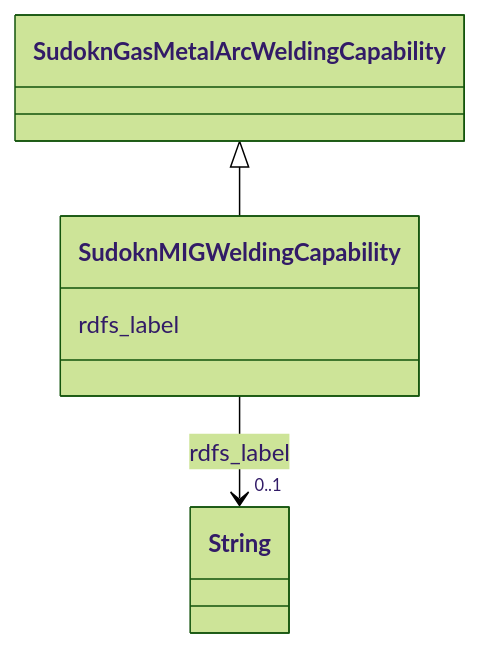
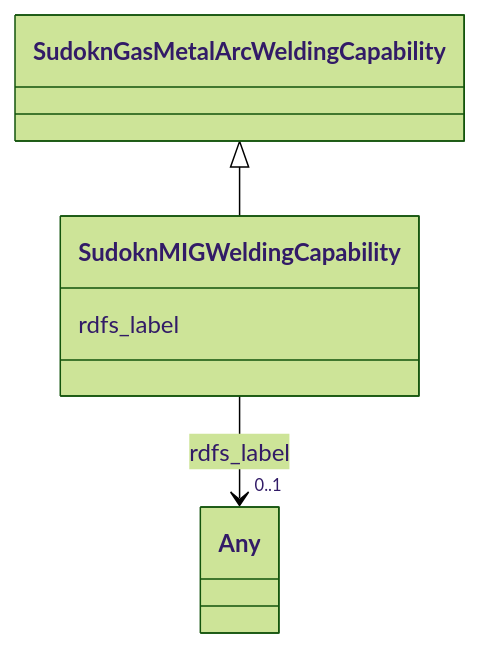
The diagram in sudokn-kg/classes/SudoknMIGWeldingCapability.md (frink-okn/graph-descriptions), drawn with Mermaid (forest theme) before and after one commit. The commit also changed other lines of this file and 903 other files, not shown here.

````diff
--- a/sudokn-kg/classes/SudoknMIGWeldingCapability.md
+++ b/sudokn-kg/classes/SudoknMIGWeldingCapability.md
@@ -23,18 +18,18 @@
 ```mermaid
  classDiagram
     class SudoknMIGWeldingCapability
     click SudoknMIGWeldingCapability href "../SudoknMIGWeldingCapability"
       SudoknGasMetalArcWeldingCapability <|-- SudoknMIGWeldingCapability
         click SudoknGasMetalArcWeldingCapability href "../SudoknGasMetalArcWeldingCapability"
       
       SudoknMIGWeldingCapability : rdfs_label
         
           
     
     
-    SudoknMIGWeldingCapability --> "0..1" String : rdfs_label
-    click String href "../String"
+    SudoknMIGWeldingCapability --> "0..1" Any : rdfs_label
+    click Any href "../Any"
 
         
       
 ```
````
